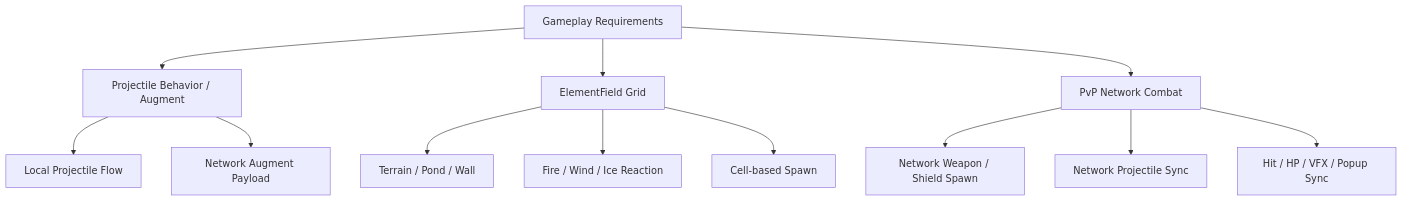
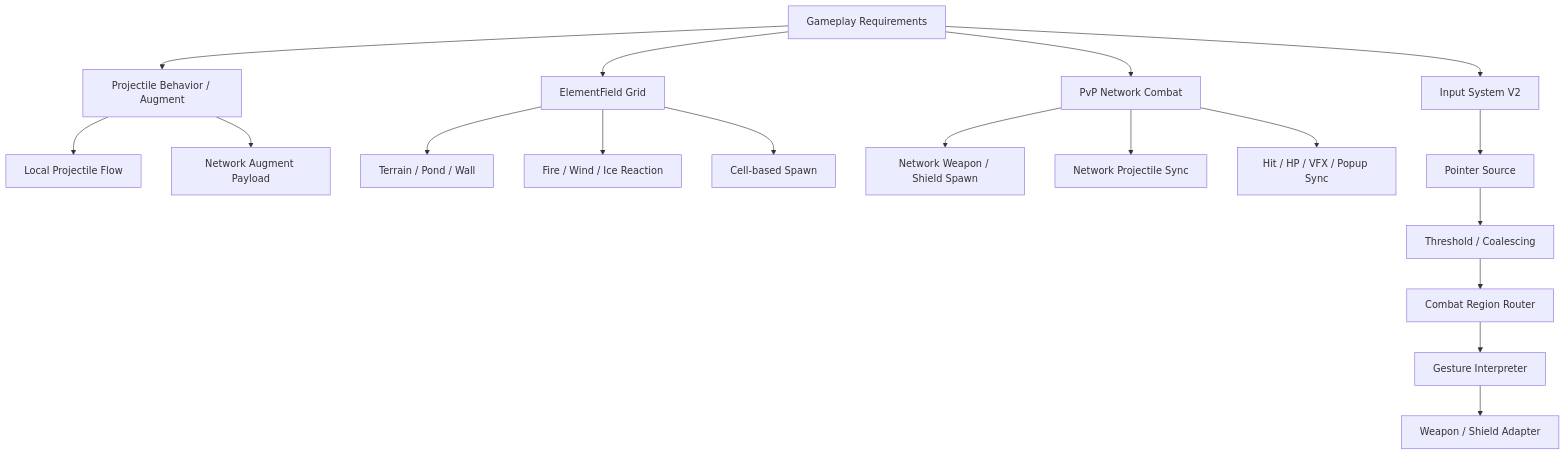
Before and after one commit to SJ97p/Shield-Shot-CodeMap: the diagram in docs/architecture.md, drawn with Mermaid. The commit also changed other lines of this file and 104 other files, not shown here.

Commit message:
docs: add Input System V2 refactoring portfolio

````diff
--- a/docs/architecture.md
+++ b/docs/architecture.md
@@ -11,17 +12,24 @@
 ```mermaid
 flowchart TD
     Design[Gameplay Requirements] --> Combat[Projectile Behavior / Augment]
     Design --> Field[ElementField Grid]
     Design --> PVP[PvP Network Combat]
+    Design --> Input[Input System V2]
 
     Combat --> LocalFire[Local Projectile Flow]
     Combat --> NetworkPayload[Network Augment Payload]
 
     Field --> Terrain[Terrain / Pond / Wall]
     Field --> ElementReaction[Fire / Wind / Ice Reaction]
     Field --> Spawn[Cell-based Spawn]
 
     PVP --> WeaponSpawn[Network Weapon / Shield Spawn]
     PVP --> ProjectileSync[Network Projectile Sync]
     PVP --> HitSync[Hit / HP / VFX / Popup Sync]
+
+    Input --> Source[Pointer Source]
+    Source --> Filter[Threshold / Coalescing]
+    Filter --> Router[Combat Region Router]
+    Router --> Gesture[Gesture Interpreter]
+    Gesture --> Adapter[Weapon / Shield Adapter]
 ```
````
